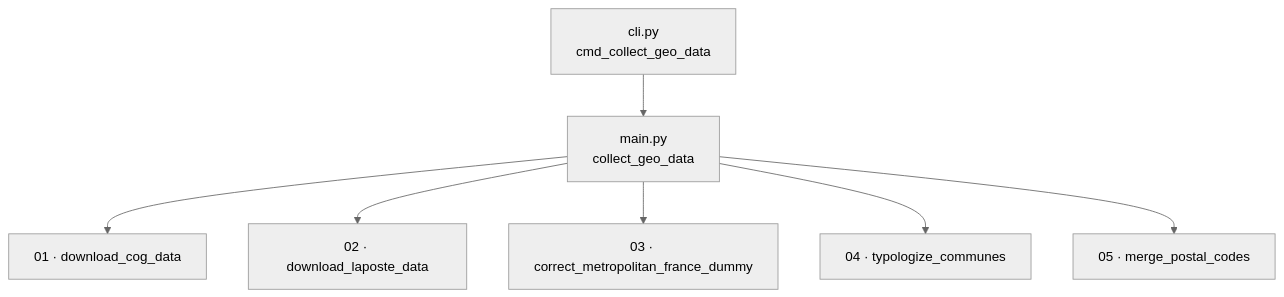
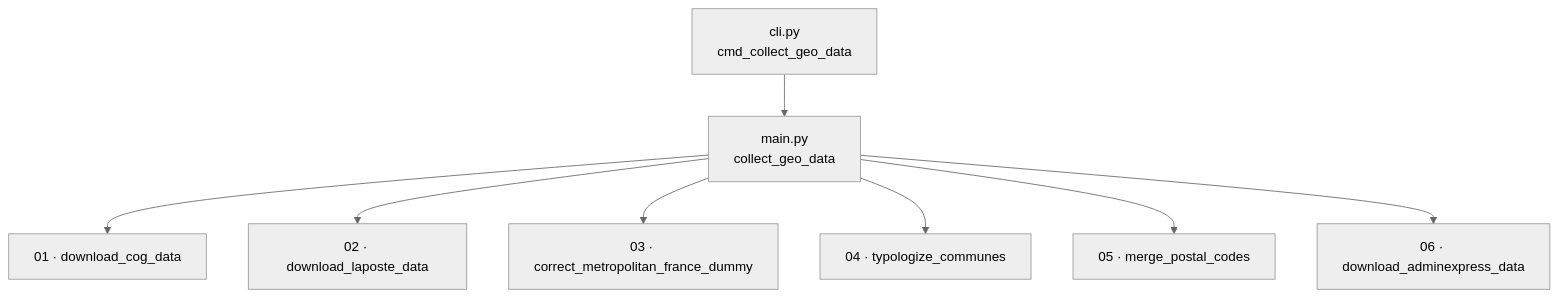
One commit to stroppycow/geo-collect changed the diagram in docs/reference/cli.md. Above: the diagram before and after it, drawn with Mermaid (neutral theme). The commit also changed other lines of this file and 8 other files, not shown here.

````diff
--- a/docs/reference/cli.md
+++ b/docs/reference/cli.md
@@ -31,9 +34,10 @@
 ```mermaid
 flowchart TD
     C[cli.py<br/>cmd_collect_geo_data] --> M[main.py<br/>collect_geo_data]
     M --> S1[01 · download_cog_data]
     M --> S2[02 · download_laposte_data]
     M --> S3[03 · correct_metropolitan_france_dummy]
     M --> S4[04 · typologize_communes]
     M --> S5[05 · merge_postal_codes]
+    M --> S6[06 · download_adminexpress_data]
 ```
````
